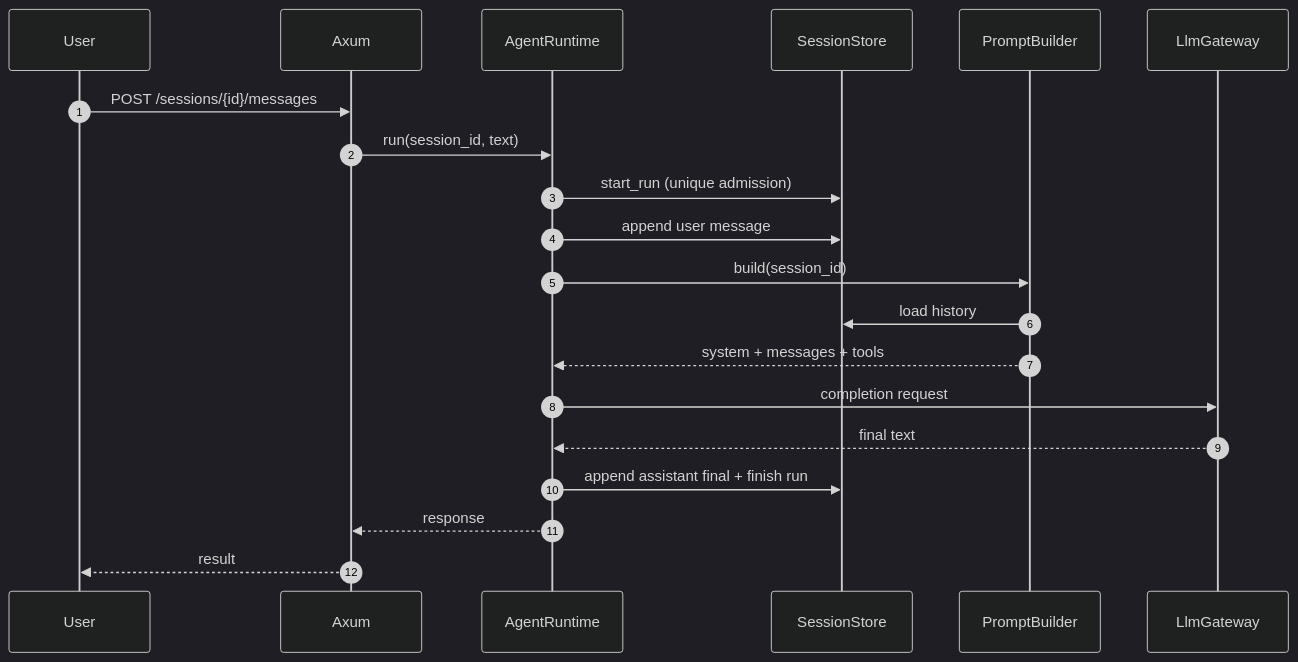
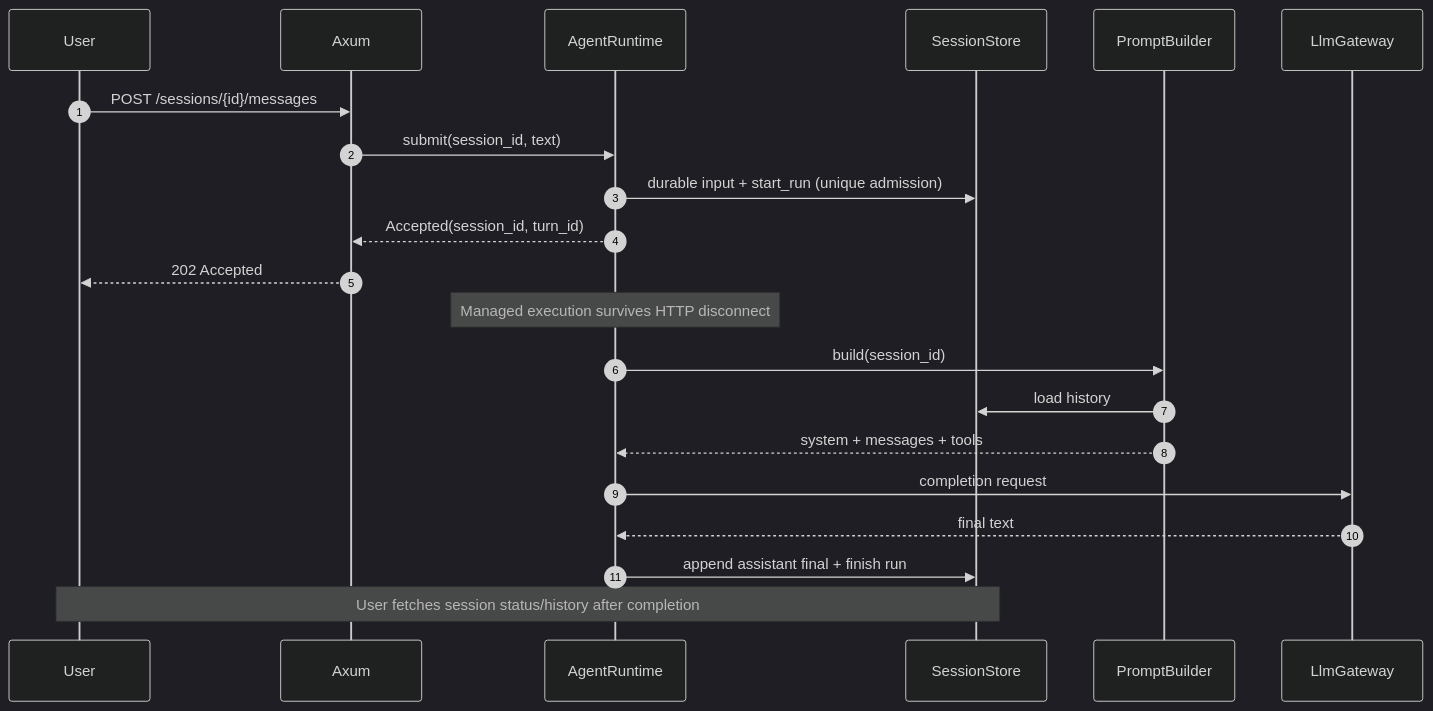
One commit to hailp-vn38/orchestrator_agent_rs changed the first of 4 diagrams in docs/11-flows.md. Above: the diagram before and after it, drawn with Mermaid (dark theme). The commit also changed other lines of this file and 20 other files, not shown here.

````diff
--- a/docs/11-flows.md
+++ b/docs/11-flows.md
@@ -5,22 +5,23 @@
 ```mermaid
 sequenceDiagram
     autonumber
     participant User
     participant API as Axum
     participant RT as AgentRuntime
     participant Store as SessionStore
     participant PB as PromptBuilder
     participant L as LlmGateway
     User->>API: POST /sessions/{id}/messages
-    API->>RT: run(session_id, text)
-    RT->>Store: start_run (unique admission)
-    RT->>Store: append user message
+    API->>RT: submit(session_id, text)
+    RT->>Store: durable input + start_run (unique admission)
+    RT-->>API: Accepted(session_id, turn_id)
+    API-->>User: 202 Accepted
+    Note over RT: Managed execution survives HTTP disconnect
     RT->>PB: build(session_id)
     PB->>Store: load history
     PB-->>RT: system + messages + tools
     RT->>L: completion request
     L-->>RT: final text
     RT->>Store: append assistant final + finish run
-    RT-->>API: response
-    API-->>User: result
+    Note over User,Store: User fetches session status/history after completion
 ```
````
